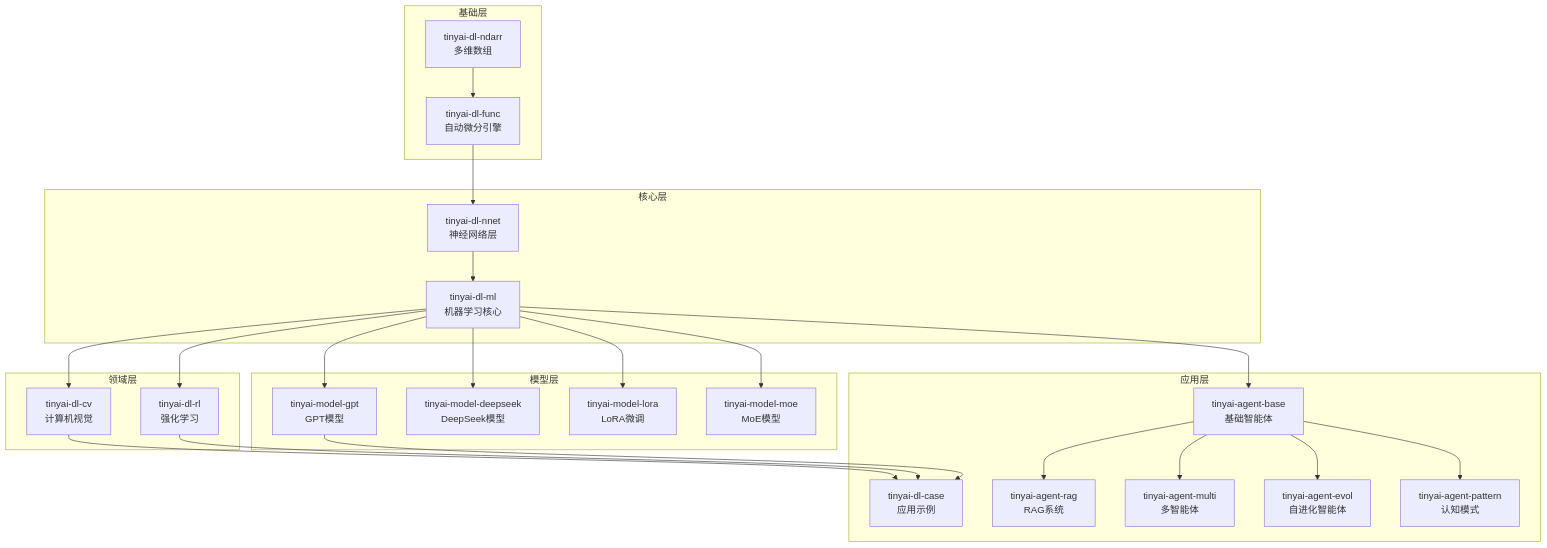
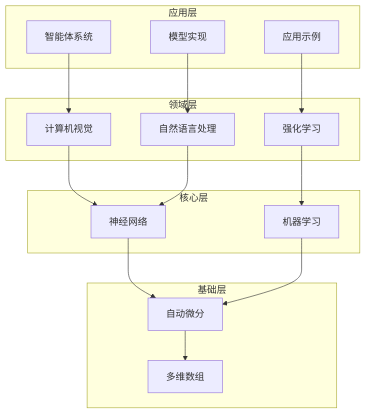
The diagram in README.md (Leavesfly/TinyAI), drawn with Mermaid before and after one commit. The commit also changed other lines of this file, not shown here.

````diff
--- a/README.md
+++ b/README.md
@@ -62,51 +35,34 @@
 ```mermaid
 graph TB
     subgraph "应用层"
-        CASE[tinyai-dl-case<br/>应用示例]
-        AGENT_BASE[tinyai-agent-base<br/>基础智能体]
-        AGENT_RAG[tinyai-agent-rag<br/>RAG系统]
-        AGENT_MULTI[tinyai-agent-multi<br/>多智能体]
-        AGENT_EVOL[tinyai-agent-evol<br/>自进化智能体]
-        AGENT_PATTERN[tinyai-agent-pattern<br/>认知模式]
-    end
-    
-    subgraph "模型层"
-        MODEL_GPT[tinyai-model-gpt<br/>GPT模型]
-        MODEL_DEEPSEEK[tinyai-model-deepseek<br/>DeepSeek模型]
-        MODEL_LORA[tinyai-model-lora<br/>LoRA微调]
-        MODEL_MOE[tinyai-model-moe<br/>MoE模型]
+        A1[智能体系统]
+        A2[模型实现]
+        A3[应用示例]
     end
     
     subgraph "领域层"
-        DL_CV[tinyai-dl-cv<br/>计算机视觉]
-        DL_RL[tinyai-dl-rl<br/>强化学习]
+        B1[计算机视觉]
+        B2[自然语言处理] 
+        B3[强化学习]
     end
     
     subgraph "核心层"
-        DL_ML[tinyai-dl-ml<br/>机器学习核心]
-        DL_NNET[tinyai-dl-nnet<br/>神经网络层]
+        C1[神经网络]
+        C2[机器学习]
     end
     
     subgraph "基础层"
-        DL_FUNC[tinyai-dl-func<br/>自动微分引擎]
-        DL_NDARR[tinyai-dl-ndarr<br/>多维数组]
+        D1[自动微分]
+        D2[多维数组]
     end
     
-    DL_NDARR --> DL_FUNC
-    DL_FUNC --> DL_NNET
-    DL_NNET --> DL_ML
-    DL_ML --> DL_CV
-    DL_ML --> DL_RL
-    DL_ML --> MODEL_GPT
-    DL_ML --> MODEL_DEEPSEEK
-    DL_ML --> MODEL_LORA
-    DL_ML --> MODEL_MOE
-    DL_CV --> CASE
-    DL_RL --> CASE
-    MODEL_GPT --> CASE
-    DL_ML --> AGENT_BASE
-    AGENT_BASE --> AGENT_RAG
-    AGENT_BASE --> AGENT_MULTI
-    AGENT_BASE --> AGENT_EVOL
-    AGENT_BASE --> AGENT_PATTERN
+    A1 --> B1
+    A2 --> B2
+    A3 --> B3
+    B1 --> C1
+    B2 --> C1
+    B3 --> C2
+    C1 --> D1
+    C2 --> D1
+    D1 --> D2
 ```
````
